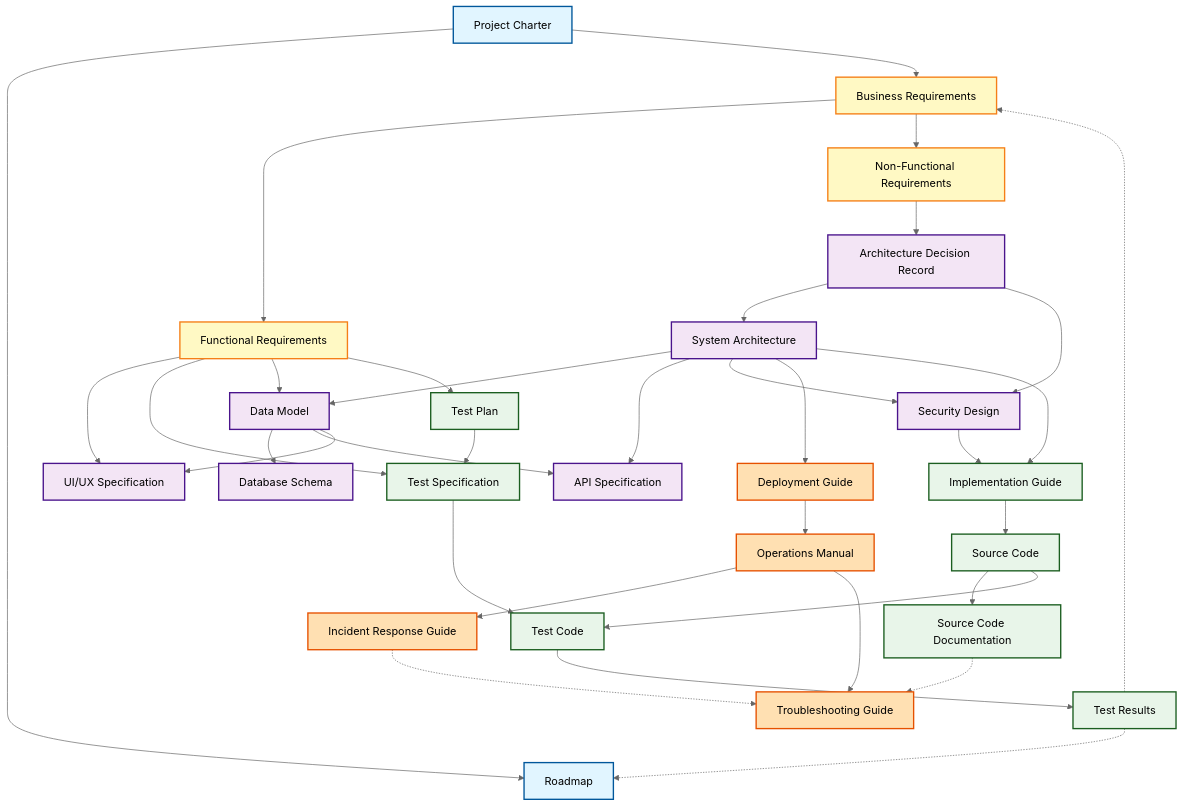
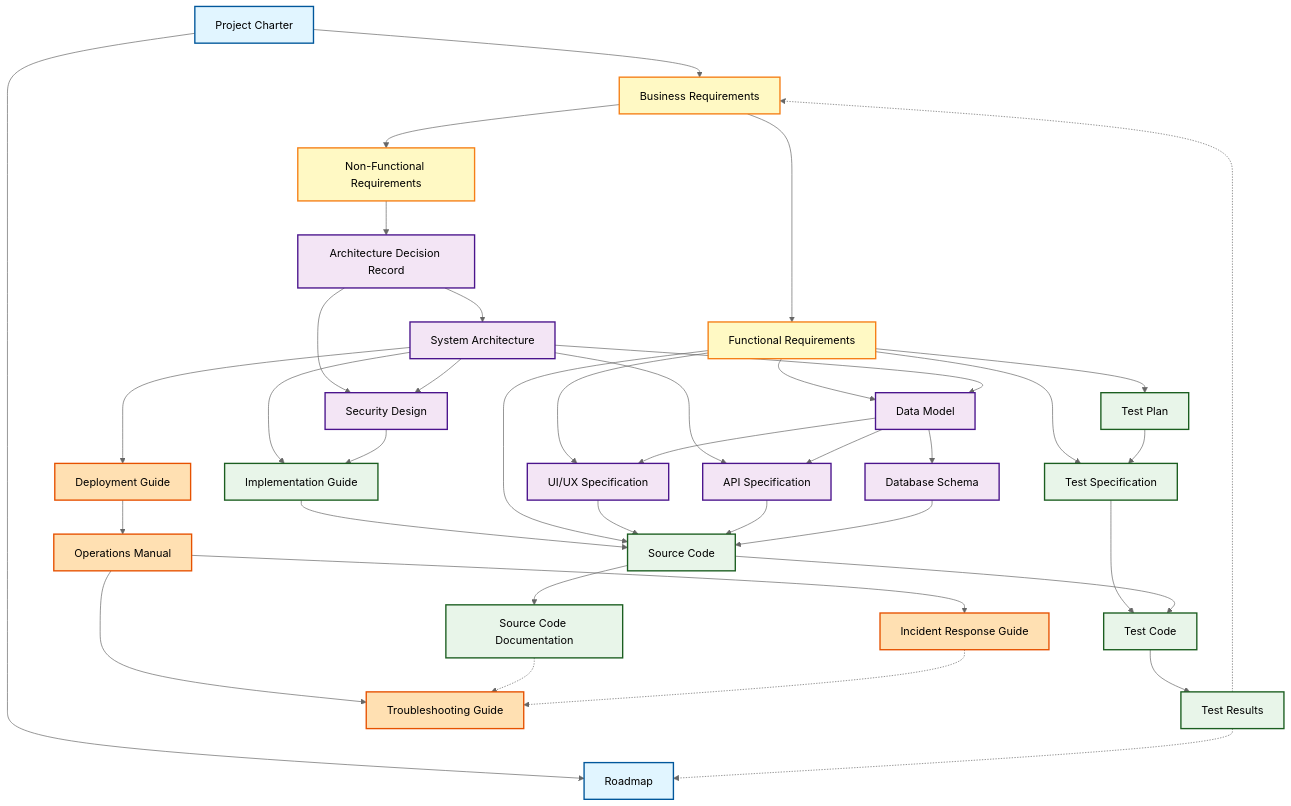
Before and after one commit to mahitotsu/ukiyoue: the diagram in specs/document-taxonomy.md, drawn with Mermaid (neutral theme). The commit also changed other lines of this file, not shown here.

First line of the commit message:
fix(specs): Add multiple inputs to Source Code

```diff
--- a/specs/document-taxonomy.md
+++ b/specs/document-taxonomy.md
@@ -309,6 +309,10 @@
     SysArch --> ImplGuide
     SecDesign --> ImplGuide
     ImplGuide --> SrcCode
+    FuncReq --> SrcCode
+    UIUX --> SrcCode
+    API --> SrcCode
+    DBSchema --> SrcCode
     SrcCode --> SrcDoc
 
     %% Test Flow
```
